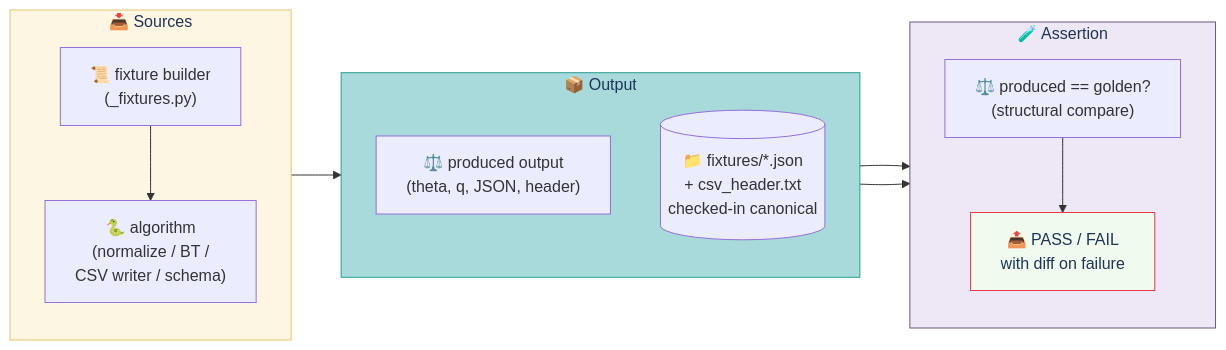
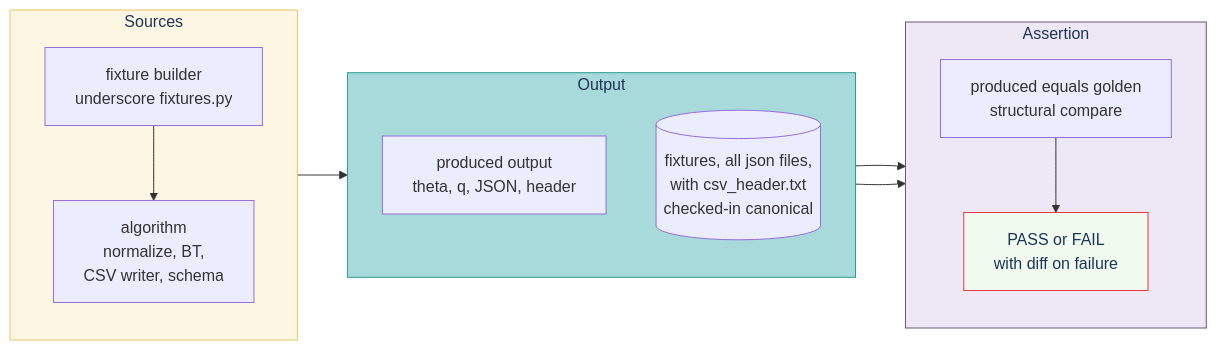
The diagram in docs/TESTING-GOLDEN.md (choksi2212/dogfood-hackathon), drawn with Mermaid before and after one commit. The commit also changed 20 other files, not shown here.

First line of the commit message:
Fix mermaid parse errors across 21 docs

````diff
--- a/docs/TESTING-GOLDEN.md
+++ b/docs/TESTING-GOLDEN.md
@@ -25,30 +25,30 @@
 ```mermaid
 flowchart LR
-    subgraph SRC["📥 Sources"]
+    subgraph SRC["Sources"]
         direction TB
-        FIX["📜 fixture builder<br/>(_fixtures.py)"]
-        ALGO["🐍 algorithm<br/>(normalize / BT /<br/>CSV writer / schema)"]
+        FIX["fixture builder<br/>underscore fixtures.py"]
+        ALGO["algorithm<br/>normalize, BT,<br/>CSV writer, schema"]
     end
 
-    subgraph OUT["📦 Output"]
+    subgraph OUT["Output"]
         direction TB
-        OUT1["⚖️ produced output<br/>(theta, q, JSON, header)"]
-        GOLD[("📁 fixtures/*.json<br/>+ csv_header.txt<br/>checked-in canonical")]
+        OUT1["produced output<br/>theta, q, JSON, header"]
+        GOLD[("fixtures, all json files,<br/>with csv_header.txt<br/>checked-in canonical")]
     end
 
-    subgraph CHK["🧪 Assertion"]
+    subgraph CHK["Assertion"]
         direction TB
-        CMP["⚖️ produced == golden?<br/>(structural compare)"]
-        RES["📤 PASS / FAIL<br/>with diff on failure"]
+        CMP["produced equals golden<br/>structural compare"]
+        RES["PASS or FAIL<br/>with diff on failure"]
     end
 
     FIX --> ALGO --> OUT1
     OUT1 --> CMP
     GOLD --> CMP
     CMP --> RES
 
     style SRC fill:#FDF6E3,stroke:#E9C46A,color:#1D3557
     style OUT fill:#A8DADC,stroke:#2A9D8F,color:#1D3557
     style CHK fill:#EDE7F6,stroke:#6C567B,color:#1D3557
     style RES fill:#F1FAEE,stroke:#E63946,color:#1D3557
 ```
````
